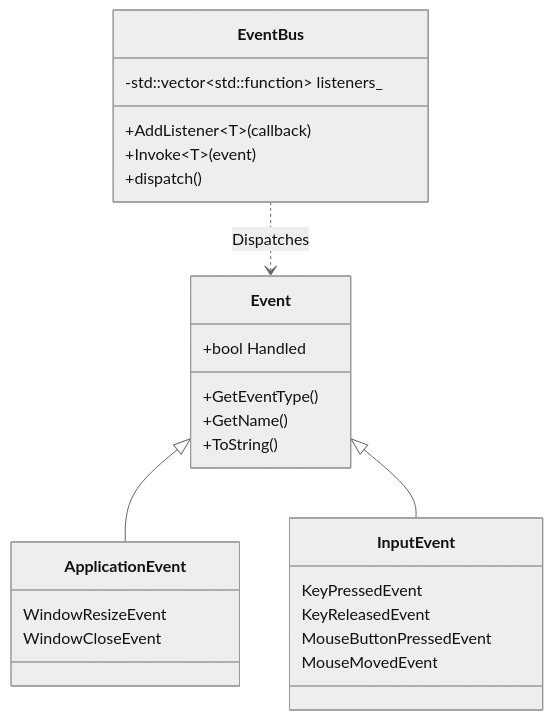
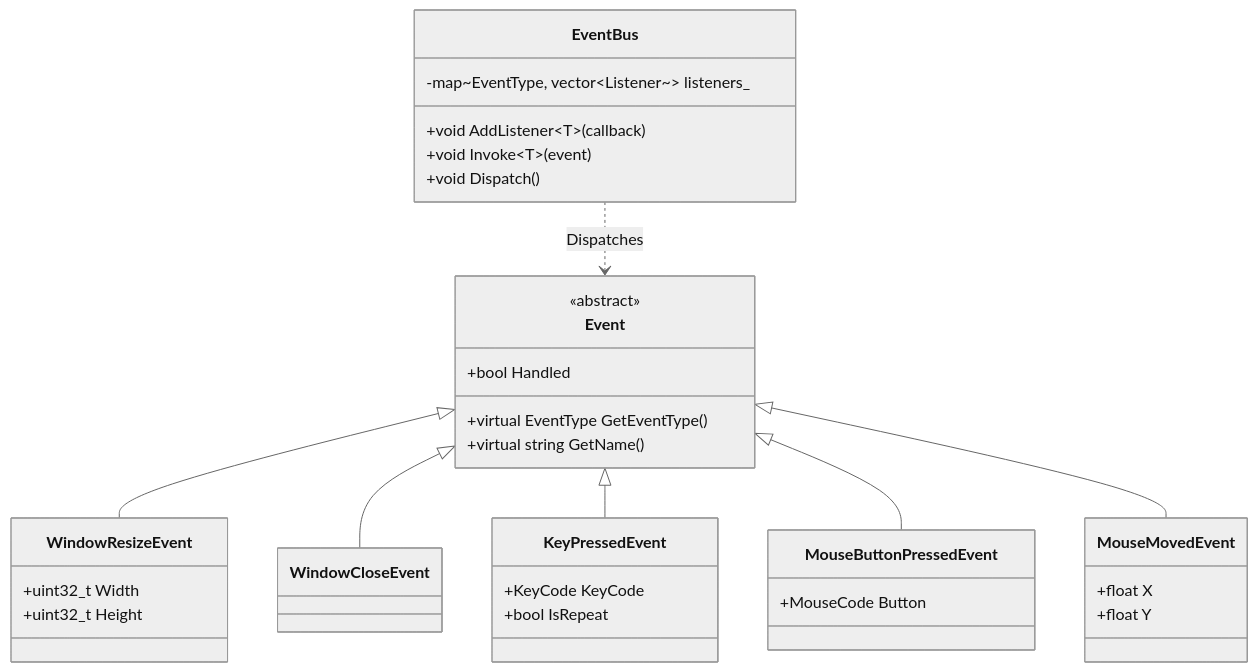
Before and after one commit to lucas85235/Monster-Engine: diagram 11 of 13 in docs/Architecture.md, drawn with Mermaid (neutral theme). The commit also changed other lines of this file and 31 other files, not shown here.

````diff
--- a/docs/Architecture.md
+++ b/docs/Architecture.md
@@ -264,32 +596,45 @@
 ```mermaid
 classDiagram
     class Event {
-        +GetEventType()
-        +GetName()
-        +ToString()
+        <<abstract>>
         +bool Handled
+        +virtual EventType GetEventType()
+        +virtual string GetName()
+    }
+
+    class WindowResizeEvent {
+        +uint32_t Width
+        +uint32_t Height
+    }
+
+    class WindowCloseEvent {
+    }
+
+    class KeyPressedEvent {
+        +KeyCode KeyCode
+        +bool IsRepeat
+    }
+
+    class MouseButtonPressedEvent {
+        +MouseCode Button
+    }
+
+    class MouseMovedEvent {
+        +float X
+        +float Y
     }
 
     class EventBus {
-        +AddListener~T~(callback)
-        +Invoke~T~(event)
-        +dispatch()
-        -std::vector~std::function~ listeners_
+        -map~EventType, vector~Listener~~ listeners_
+        +void AddListener~T~(callback)
+        +void Invoke~T~(event)
+        +void Dispatch()
     }
 
-    class ApplicationEvent {
-        WindowResizeEvent
-        WindowCloseEvent
-    }
-
-    class InputEvent {
-        KeyPressedEvent
-        KeyReleasedEvent
-        MouseButtonPressedEvent
-        MouseMovedEvent
-    }
-
-    Event <|-- ApplicationEvent
-    Event <|-- InputEvent
+    Event <|-- WindowResizeEvent
+    Event <|-- WindowCloseEvent
+    Event <|-- KeyPressedEvent
+    Event <|-- MouseButtonPressedEvent
+    Event <|-- MouseMovedEvent
     EventBus ..> Event : Dispatches
 ```
````
